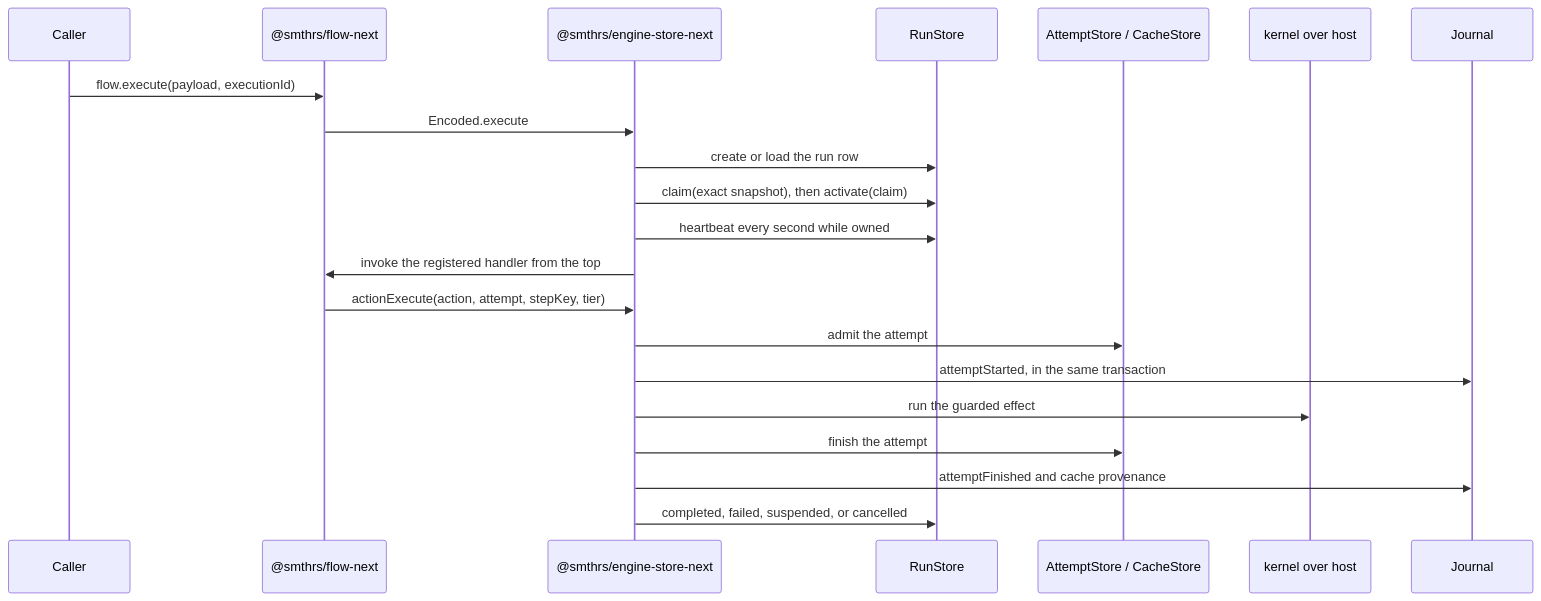
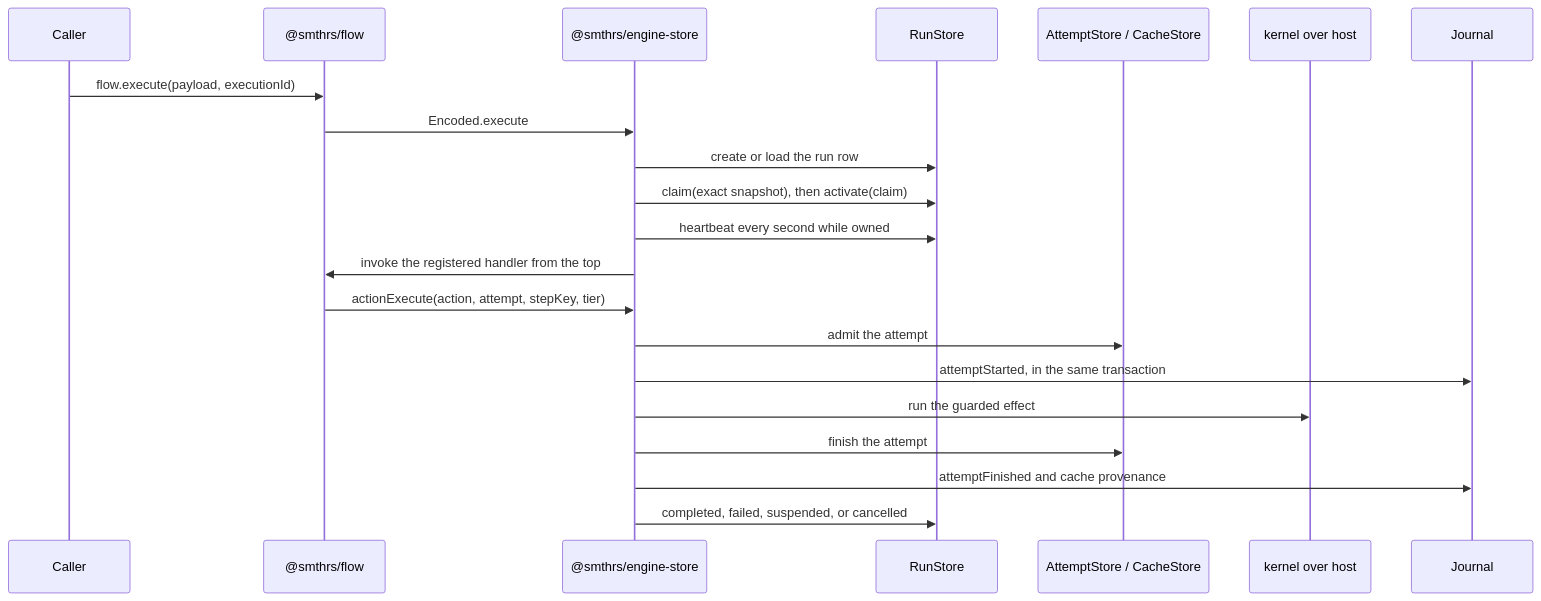
Before and after one commit to smithersai/flows: the second of 2 diagrams in docs/pages/architecture.md, drawn with Mermaid. The commit also changed other lines of this file and 793 other files, not shown here.

````diff
--- a/docs/pages/architecture.md
+++ b/docs/pages/architecture.md
@@ -118,24 +118,24 @@
 ```mermaid
 sequenceDiagram
   participant Caller
-  participant Flow as @smthrs/flow-next
-  participant Driver as @smthrs/engine-store-next
+  participant Flow as @smthrs/flow
+  participant Driver as @smthrs/engine-store
   participant Runs as RunStore
   participant Rows as AttemptStore / CacheStore
   participant Host as kernel over host
   participant Log as Journal
 
   Caller->>Flow: flow.execute(payload, executionId)
   Flow->>Driver: Encoded.execute
   Driver->>Runs: create or load the run row
   Driver->>Runs: claim(exact snapshot), then activate(claim)
   Driver->>Runs: heartbeat every second while owned
   Driver->>Flow: invoke the registered handler from the top
   Flow->>Driver: actionExecute(action, attempt, stepKey, tier)
   Driver->>Rows: admit the attempt
   Driver->>Log: attemptStarted, in the same transaction
   Driver->>Host: run the guarded effect
   Driver->>Rows: finish the attempt
   Driver->>Log: attemptFinished and cache provenance
   Driver->>Runs: completed, failed, suspended, or cancelled
 ```
````
